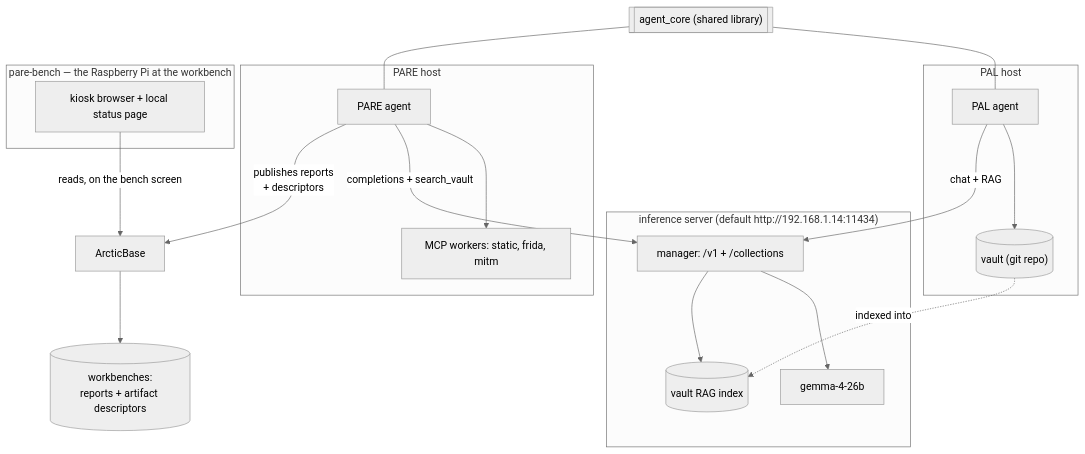
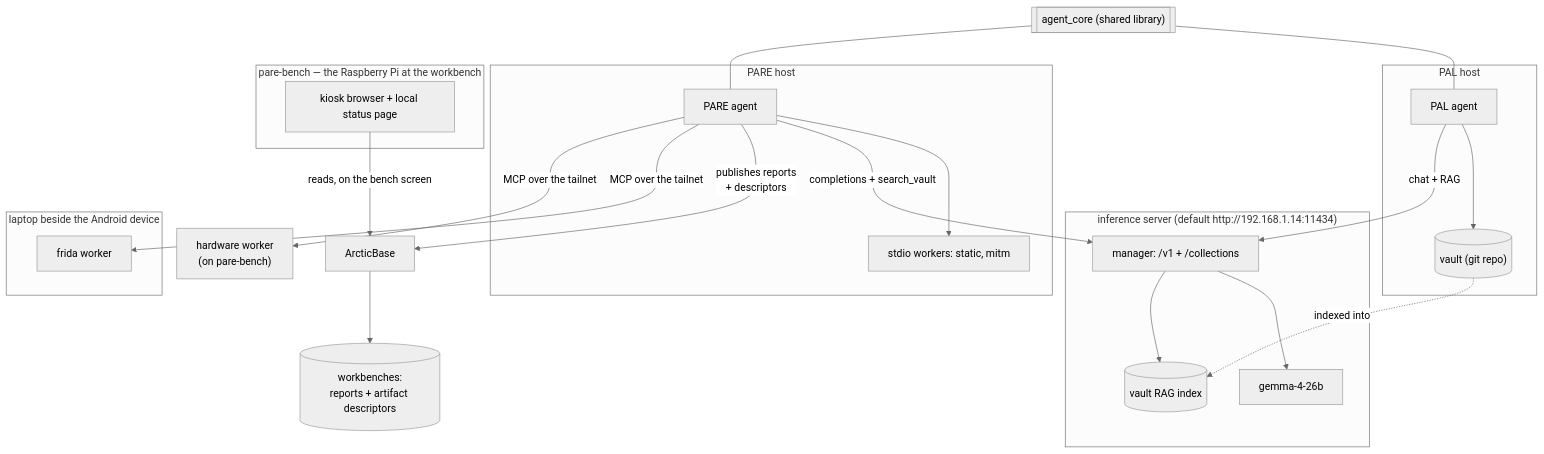
The fifth of 5 diagrams in ARCHITECTURE.md (EdibleTuber/PARE), drawn with Mermaid (neutral theme) before and after one commit. The commit also changed other lines of this file and 4 other files, not shown here.

First line of the commit message:
docs: capture store, networked Frida, worker deps, model (round 1)

````diff
--- a/ARCHITECTURE.md
+++ b/ARCHITECTURE.md
@@ -129,24 +185,29 @@
 ```mermaid
 flowchart TB
     subgraph inf["inference server (default http://192.168.1.14:11434)"]
         MGR["manager: /v1 + /collections"] --> LLM["gemma-4-26b"]
         MGR --> RAG[("vault RAG index")]
     end
     AB["ArcticBase"] --> WB[("workbenches:<br/>reports + artifact descriptors")]
     subgraph palside["PAL host"]
         PAL["PAL agent"] --> VAULT[("vault (git repo)")]
     end
     subgraph pareside["PARE host"]
-        PARE["PARE agent"] --> WK["MCP workers: static, frida, mitm"]
+        PARE["PARE agent"] --> WK["stdio workers: static, mitm"]
+    end
+    subgraph laptop["laptop beside the Android device"]
+        FR["frida worker"]
     end
     subgraph bench["pare-bench — the Raspberry Pi at the workbench"]
         KIOSK["kiosk browser + local status page"]
     end
     VAULT -. indexed into .-> RAG
     PAL -->|"chat + RAG"| MGR
     PARE -->|"completions + search_vault"| MGR
     PARE -->|"publishes reports<br/>+ descriptors"| AB
     KIOSK -->|"reads, on the bench screen"| AB
+    PARE -->|"MCP over the tailnet"| FR
+    PARE -->|"MCP over the tailnet"| HW["hardware worker<br/>(on pare-bench)"]
     AC[["agent_core (shared library)"]] --- PAL
     AC --- PARE
 ```
````
